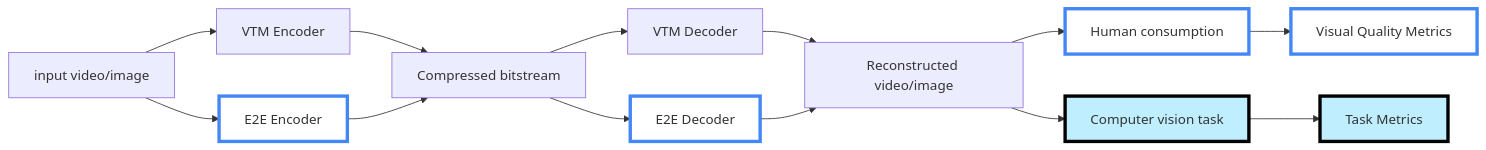
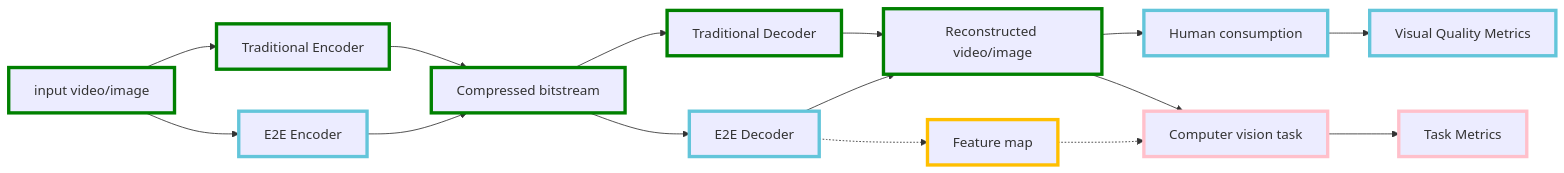
One commit to InterDigitalInc/CompressAI-Vision changed the diagram in README.md. Above: the diagram before and after it, drawn with Mermaid. The commit also changed other lines of this file and 3 other files, not shown here.

Commit message:
Add diagram in rst

````diff
--- a/README.md
+++ b/README.md
@@ -18,17 +15,21 @@
 ```mermaid
 graph LR
-    A[input video/image] -->B
+    A[input video/image]:::other -->B
     A --> B1
-    B[VTM Encoder] --> C
+    B[Traditional Encoder]:::other --> C
     B1[E2E Encoder]:::cai--> C
-    C[Compressed bitstream] --> D
+    C[Compressed bitstream]:::other --> D
     C --> D1
-    D[VTM Decoder]--> E
+    D[Traditional Decoder]:::other--> E
     D1[E2E Decoder]:::cai-->E
-    E[Reconstructed video/image]--> F
+    D1 -.-> H
+    E[Reconstructed video/image]:::other--> F
     E --> F1
     F[Human consumption]:::cai --> G[Visual Quality Metrics]:::cai
     F1[Computer vision task]:::cav --> G1[Task Metrics]:::cav
-    classDef cai fill:#ffffff,stroke:#4287f5,stroke-width:4px
-    classDef cav fill:#bfeeff,stroke:#000000,stroke-width:4px
+    H[Feature map]:::future -.-> F1
+    classDef cai stroke:#63C5DA,stroke-width:4px
+    classDef cav stroke:#FFC0CB,stroke-width:4px
+    classDef other stroke:#008000,stroke-width:4px
+    classDef future stroke:#FFBF00,stroke-width:4px
 ```
````
